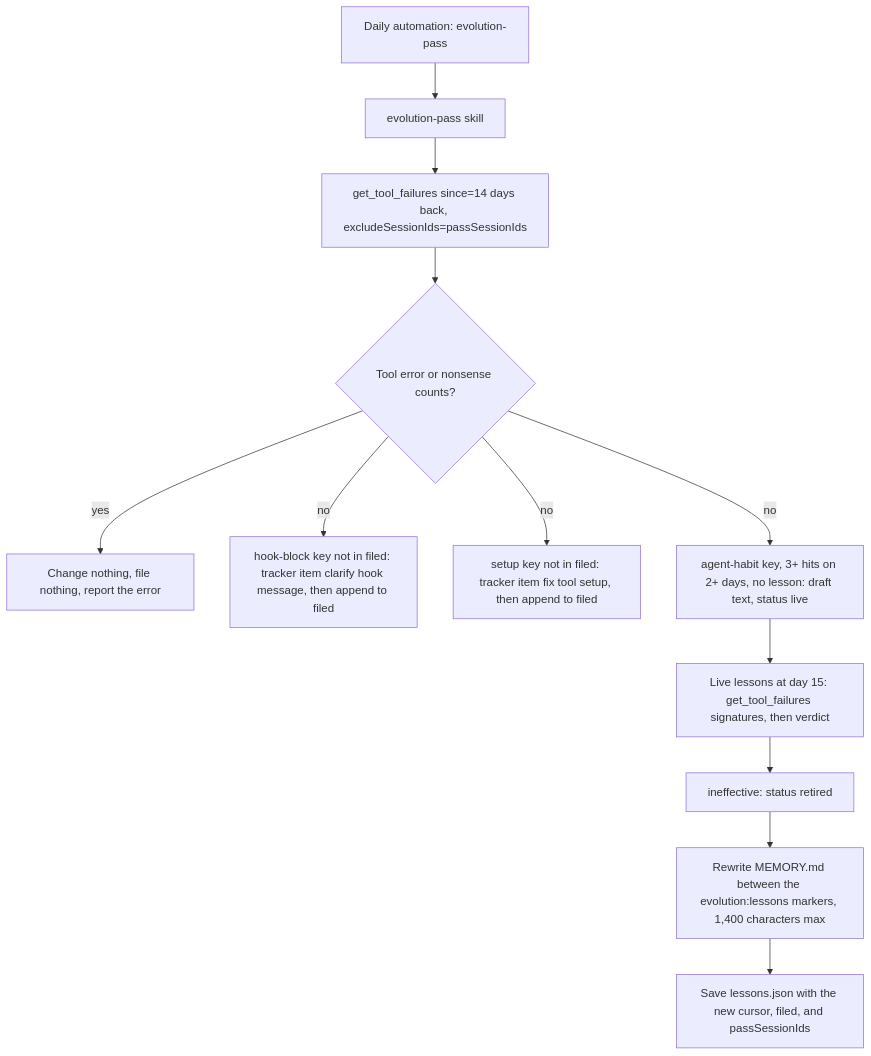
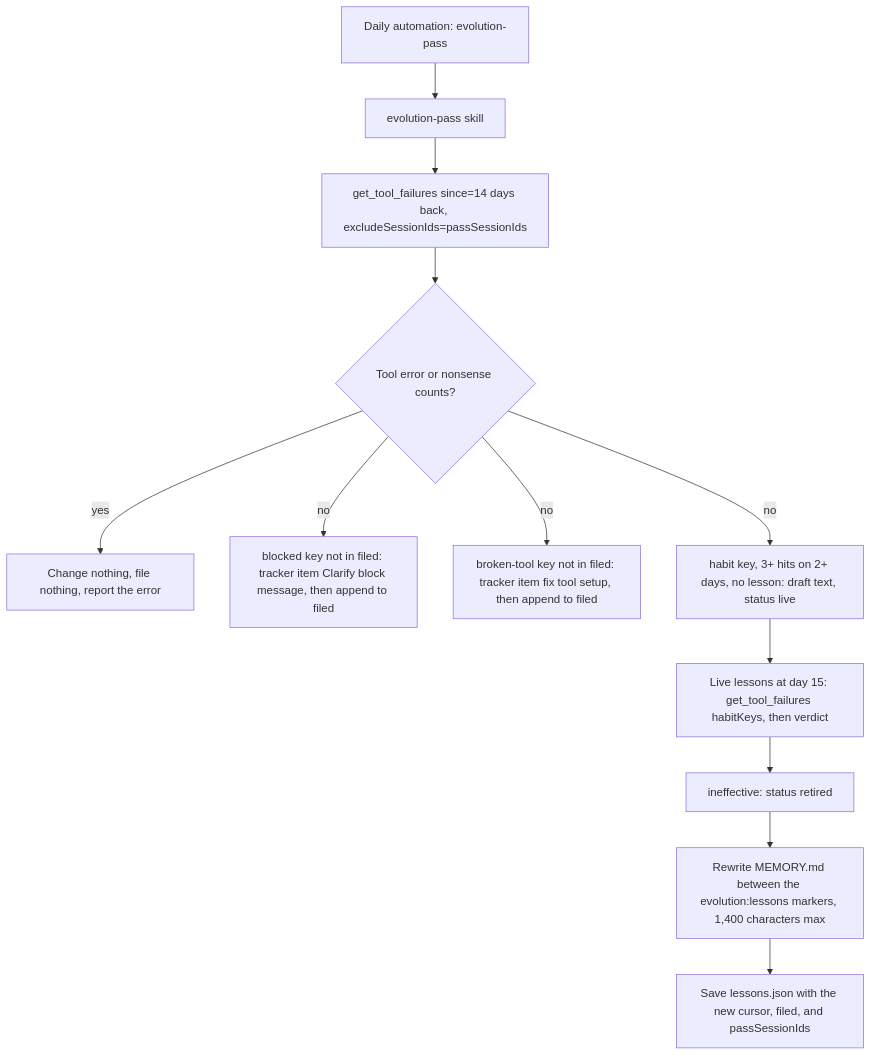
The diagram in docs/superpowers/specs/2026-11-24-evolution-loop-design.md (CaptainMittens/nimbalyst), drawn with Mermaid before and after one commit. The commit also changed other lines of this file, not shown here.

````diff
--- a/docs/superpowers/specs/2026-11-24-evolution-loop-design.md
+++ b/docs/superpowers/specs/2026-11-24-evolution-loop-design.md
@@ -240,14 +240,14 @@
 ```mermaid
 graph TD
   A[Daily automation: evolution-pass] --> S[evolution-pass skill]
   S --> T[get_tool_failures since=14 days back, excludeSessionIds=passSessionIds]
   T --> R{Tool error or nonsense counts?}
   R -- yes --> X[Change nothing, file nothing, report the error]
-  R -- no --> H[hook-block key not in filed: tracker item clarify hook message, then append to filed]
-  R -- no --> U[setup key not in filed: tracker item fix tool setup, then append to filed]
-  R -- no --> L[agent-habit key, 3+ hits on 2+ days, no lesson: draft text, status live]
-  L --> E[Live lessons at day 15: get_tool_failures signatures, then verdict]
+  R -- no --> H[blocked key not in filed: tracker item Clarify block message, then append to filed]
+  R -- no --> U[broken-tool key not in filed: tracker item fix tool setup, then append to filed]
+  R -- no --> L[habit key, 3+ hits on 2+ days, no lesson: draft text, status live]
+  L --> E[Live lessons at day 15: get_tool_failures habitKeys, then verdict]
   E --> Z[ineffective: status retired]
   Z --> M[Rewrite MEMORY.md between the evolution:lessons markers, 1,400 characters max]
   M --> W[Save lessons.json with the new cursor, filed, and passSessionIds]
 ```
````
